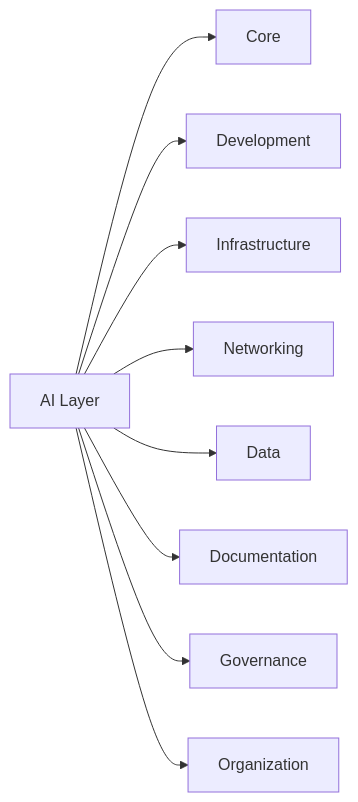
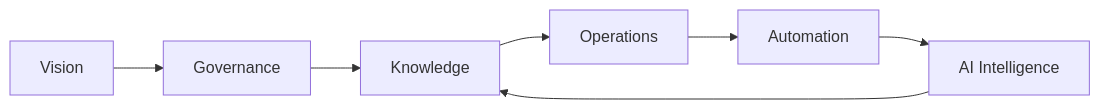
The first of 4 diagrams in docs/index.md (MJ-Ahmad/mjdocs), drawn with Mermaid before and after one commit. The commit also changed other lines of this file and 5 other files, not shown here.

````diff
--- a/docs/index.md
+++ b/docs/index.md
@@ -316,14 +61,27 @@
 ```mermaid
-graph LR
+flowchart LR
 
-AI[AI Layer]
+    V[Vision]
 
-AI --> Core
-AI --> Development
-AI --> Infrastructure
-AI --> Networking
-AI --> Data
-AI --> Documentation
-AI --> Governance
-AI --> Organization
+    G[Governance]
+
+    K[Knowledge]
+
+    O[Operations]
+
+    A[Automation]
+
+    AI[AI Intelligence]
+
+    V --> G
+
+    G --> K
+
+    K --> O
+
+    O --> A
+
+    A --> AI
+
+    AI --> K
 ```
````
